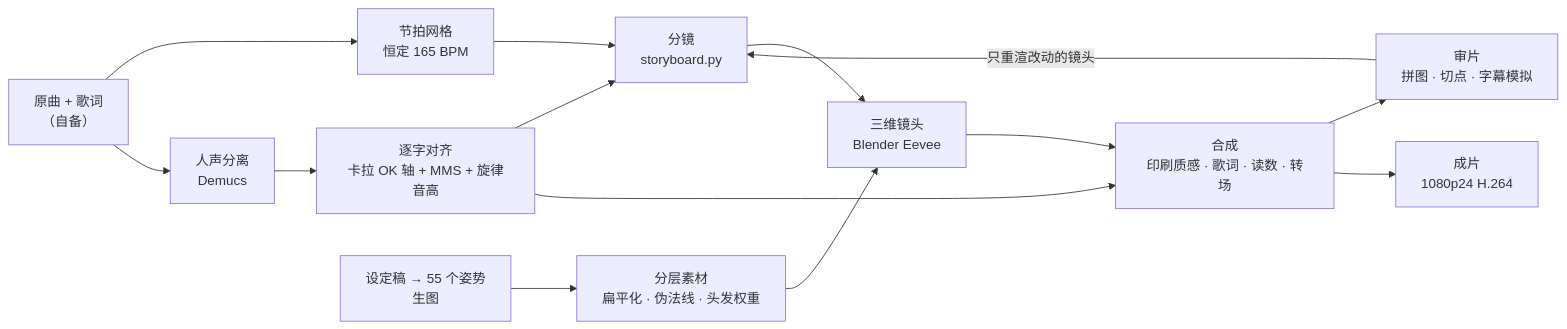
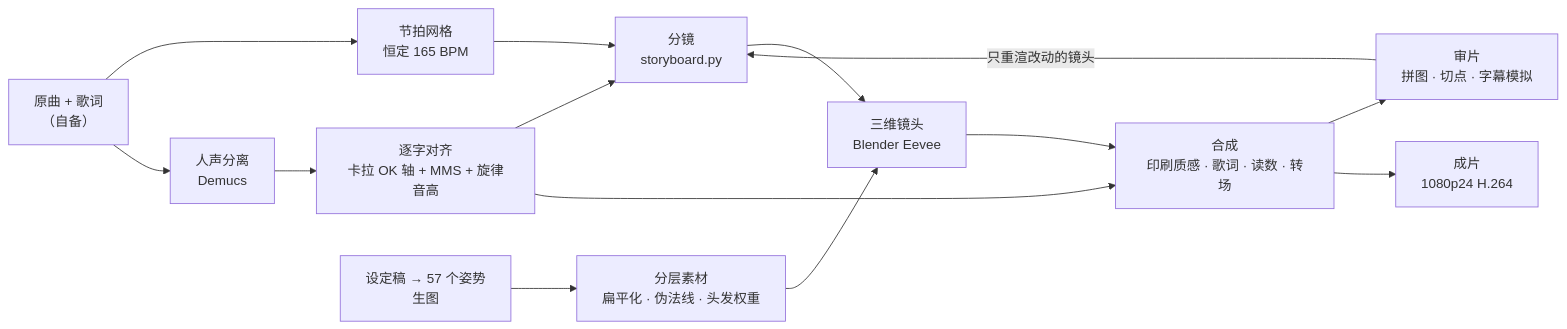
Before and after one commit to RepressedAlliance/MeltDown: the diagram in README.md, drawn with Mermaid. The commit also changed other lines of this file and 30 other files, not shown here.

````diff
--- a/README.md
+++ b/README.md
@@ -101,16 +101,16 @@
 ```mermaid
 flowchart LR
   A["原曲 + 歌词<br/>（自备）"] --> B["节拍网格<br/>恒定 165 BPM"]
   A --> C["人声分离<br/>Demucs"]
   C --> D["逐字对齐<br/>卡拉 OK 轴 + MMS + 旋律音高"]
-  E["设定稿 → 55 个姿势<br/>生图"] --> F["分层素材<br/>扁平化 · 伪法线 · 头发权重"]
+  E["设定稿 → 57 个姿势<br/>生图"] --> F["分层素材<br/>扁平化 · 伪法线 · 头发权重"]
   B --> G["分镜<br/>storyboard.py"]
   D --> G
   G --> H["三维镜头<br/>Blender Eevee"]
   F --> H
   H --> I["合成<br/>印刷质感 · 歌词 · 读数 · 转场"]
   D --> I
   I --> J["审片<br/>拼图 · 切点 · 字幕模拟"]
   J -- "只重渲改动的镜头" --> G
   I --> K["成片<br/>1080p24 H.264"]
 ```
````
